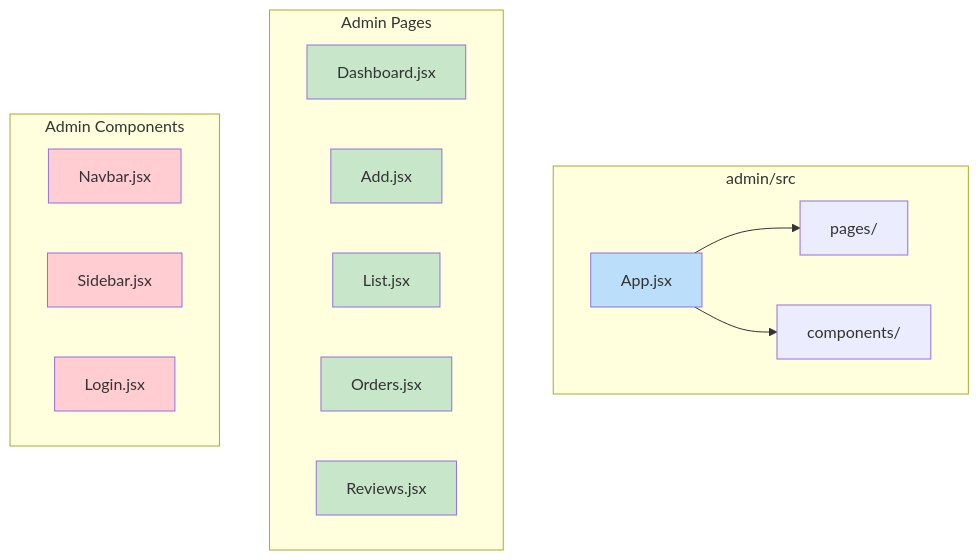
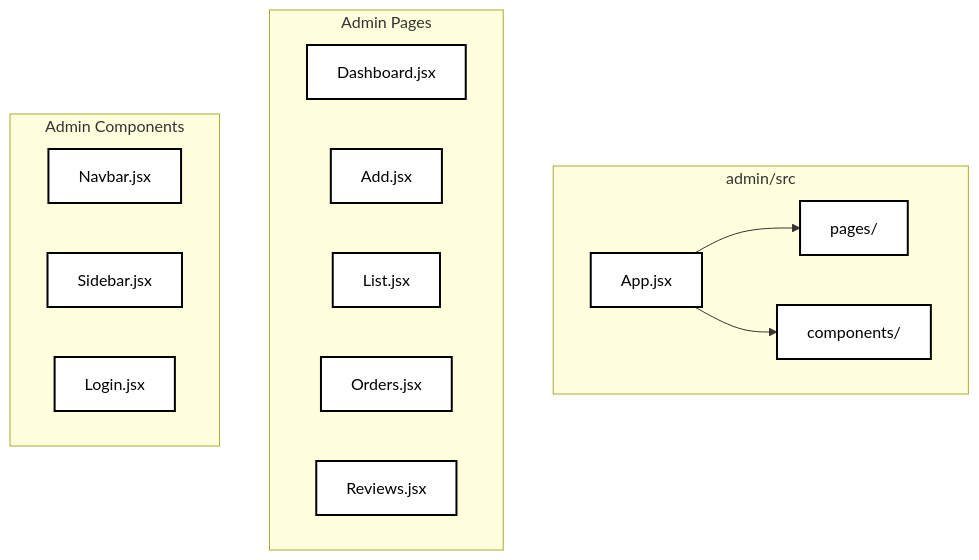
Before and after one commit to Grinti123/gerai-ayra-fullstack: the eighth of 10 diagrams in README.md, drawn with Mermaid. The commit also changed other lines of this file, not shown here.

````diff
--- a/README.md
+++ b/README.md
@@ -309,33 +275,29 @@
 ```mermaid
 graph TB
     subgraph "admin/src"
         AdminMain[App.jsx]
         AdminPages[pages/]
         AdminComponents[components/]
     end
 
     AdminMain --> AdminPages
     AdminMain --> AdminComponents
 
     subgraph "Admin Pages"
         DashboardP[Dashboard.jsx]
         AddP[Add.jsx]
         ListP[List.jsx]
         OrdersP[Orders.jsx]
         ReviewsP[Reviews.jsx]
     end
 
     subgraph "Admin Components"
         NavbarC[Navbar.jsx]
         SidebarC[Sidebar.jsx]
         LoginC[Login.jsx]
     end
 
-    classDef main fill:#bbdefb
-    classDef page fill:#c8e6c9
-    classDef component fill:#ffcdd2
+    classDef default fill:#ffffff,stroke:#000000,stroke-width:2px,color:#000000
 
-    class AdminMain main
-    class DashboardP,AddP,ListP,OrdersP,ReviewsP page
-    class NavbarC,SidebarC,LoginC component
+    class AdminMain,DashboardP,AddP,ListP,OrdersP,ReviewsP,NavbarC,SidebarC,LoginC default
 ```
````
